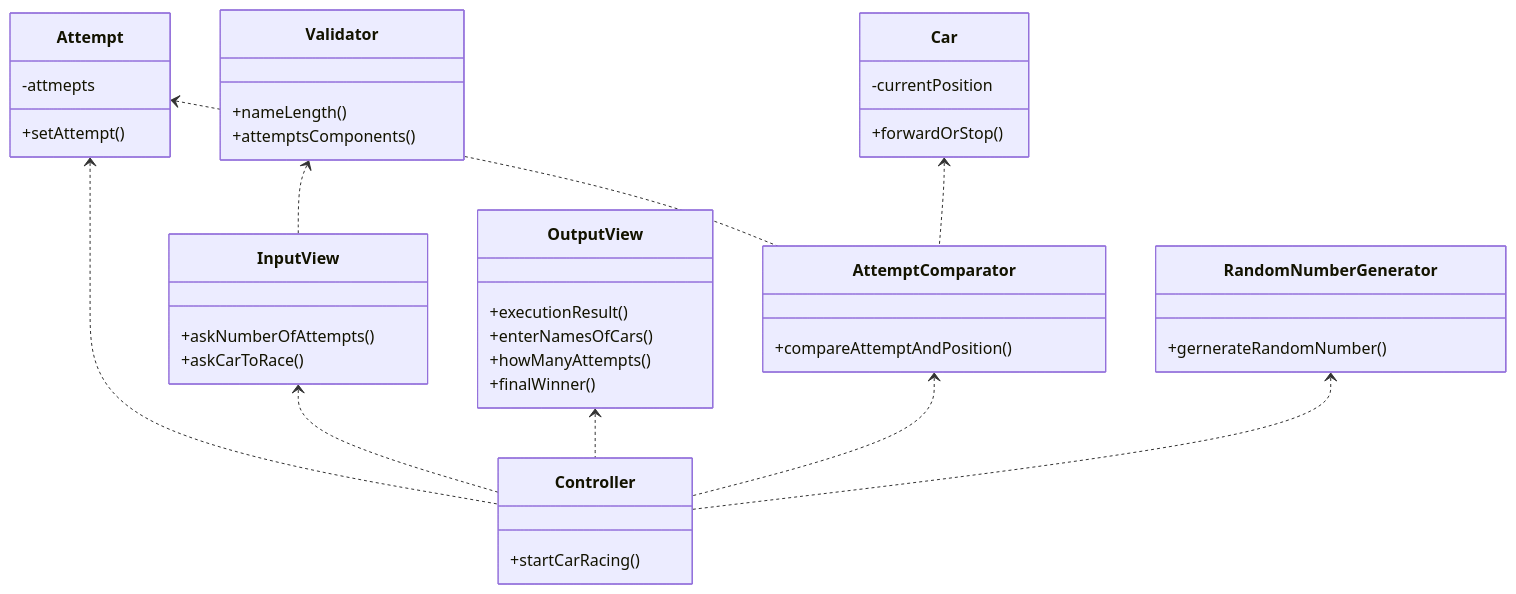
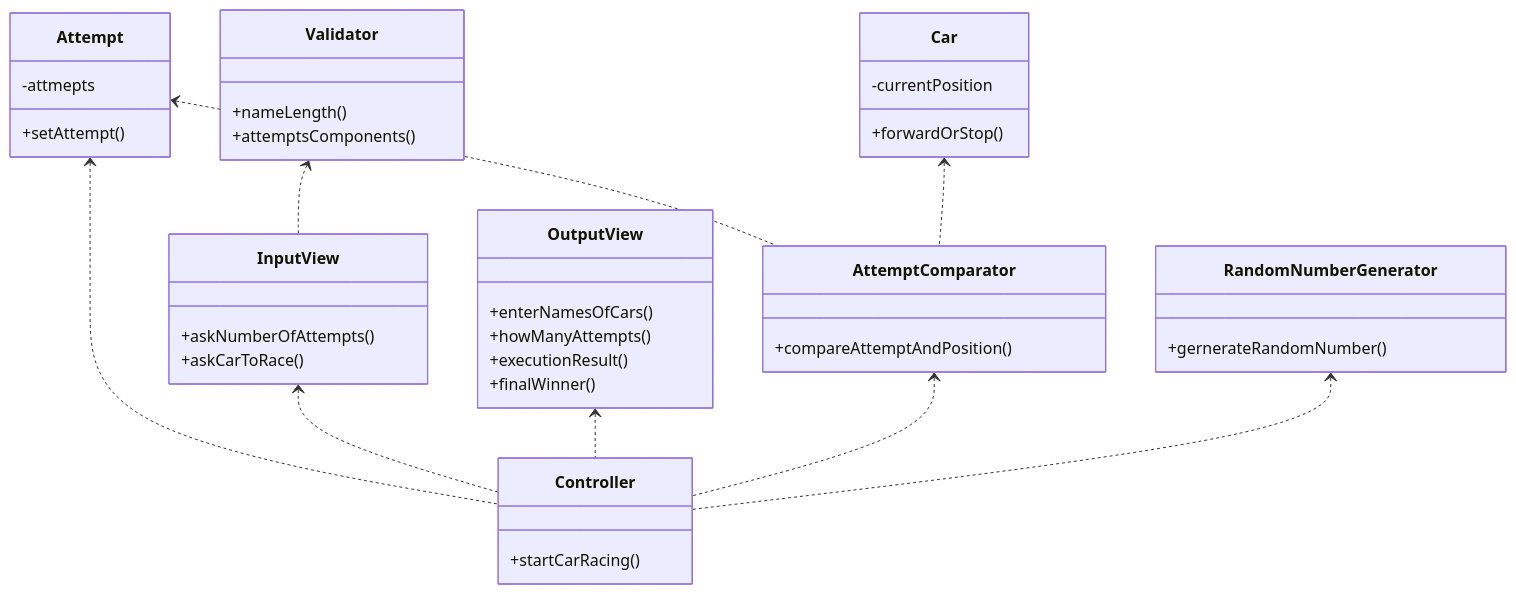
One commit to woowacourse-precourse/kotlin-racingcar-6 changed the diagram in README.md. Above: the diagram before and after it, drawn with Mermaid. The commit also changed other lines of this file, not shown here.

````diff
--- a/README.md
+++ b/README.md
@@ -210,42 +212,42 @@
 ```mermaid
 classDiagram
     Attempt <.. Controller
     InputView <.. Controller
     OutputView <.. Controller
     AttemptComparator <.. Controller
     RandomNumberGenerator <.. Controller
     Validator <.. InputView
     Attempt <.. AttemptComparator
     Car <.. AttemptComparator
     class Controller {
         +startCarRacing()
     }
     class InputView {
         +askNumberOfAttempts()
         +askCarToRace()
     }
     class OutputView {
-        +executionResult()
         +enterNamesOfCars()
         +howManyAttempts()
+        +executionResult()
         +finalWinner()
     }
     class RandomNumberGenerator {
         +gernerateRandomNumber()
     }
     class Car {
         -currentPosition
         +forwardOrStop()
     }
     class Attempt {
         -attmepts
         +setAttempt()
     }
     class AttemptComparator {
         +compareAttemptAndPosition()
     }
     class Validator {
         +nameLength()
         +attemptsComponents()
     }
 ```
````
